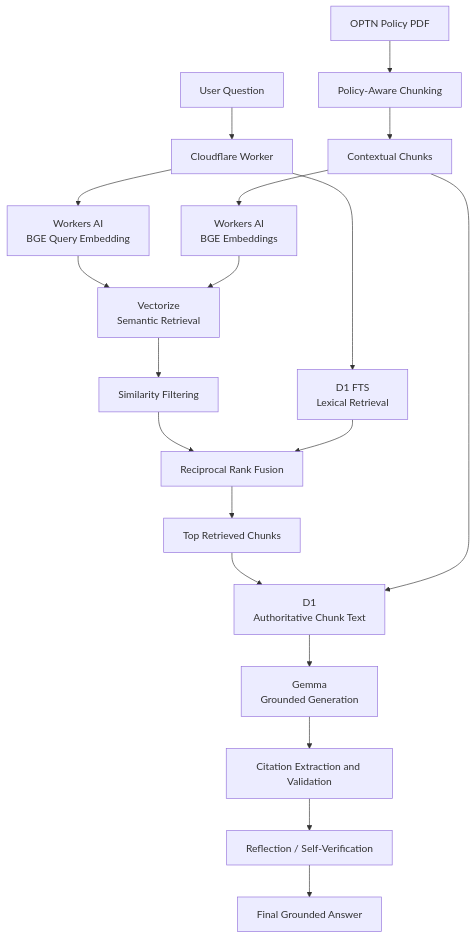
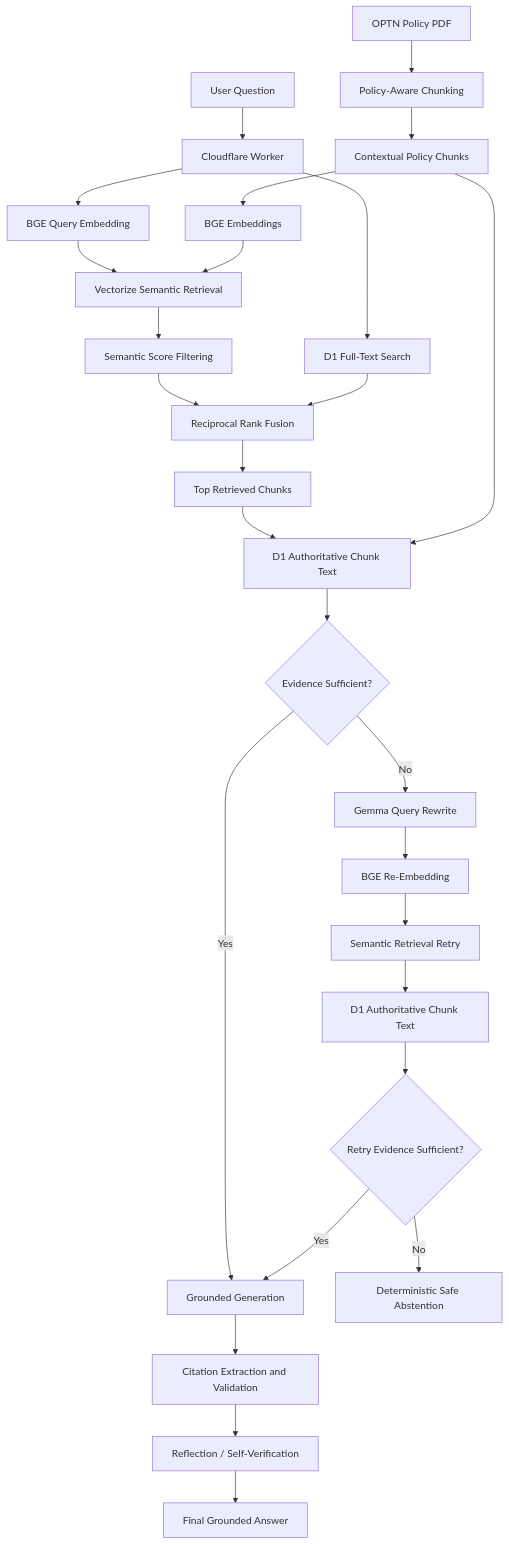
One commit to Sravanigangul/rag-reflection-system1 changed the diagram in README.md. Above: the diagram before and after it, drawn with Mermaid. The commit also changed other lines of this file, not shown here.

Commit message:
Update README for PolicyLens V2

````diff
--- a/README.md
+++ b/README.md
@@ -13,27 +29,38 @@
 ```mermaid
 flowchart TD
     A[User Question] --> B[Cloudflare Worker]
 
-    B --> C[Workers AI<br/>BGE Query Embedding]
+    B --> C[BGE Query Embedding]
+    C --> D[Vectorize Semantic Retrieval]
+    B --> E[D1 Full-Text Search]
 
-    C --> D[Vectorize<br/>Semantic Retrieval]
-    B --> E[D1 FTS<br/>Lexical Retrieval]
-
-    D --> F[Similarity Filtering]
+    D --> F[Semantic Score Filtering]
     F --> G[Reciprocal Rank Fusion]
     E --> G
 
     G --> H[Top Retrieved Chunks]
-    H --> I[D1<br/>Authoritative Chunk Text]
+    H --> I[D1 Authoritative Chunk Text]
 
-    I --> J[Gemma<br/>Grounded Generation]
-    J --> K[Citation Extraction and Validation]
-    K --> L[Reflection / Self-Verification]
-    L --> M[Final Grounded Answer]
+    I --> J{Evidence Sufficient?}
 
-    N[OPTN Policy PDF] --> O[Policy-Aware Chunking]
-    O --> P[Contextual Chunks]
-    P --> Q[Workers AI<br/>BGE Embeddings]
-    Q --> D
-    P --> I
+    J -->|Yes| K[Grounded Generation]
+
+    J -->|No| L[Gemma Query Rewrite]
+    L --> M[BGE Re-Embedding]
+    M --> N[Semantic Retrieval Retry]
+    N --> O[D1 Authoritative Chunk Text]
+    O --> P{Retry Evidence Sufficient?}
+
+    P -->|Yes| K
+    P -->|No| Q[Deterministic Safe Abstention]
+
+    K --> R[Citation Extraction and Validation]
+    R --> S[Reflection / Self-Verification]
+    S --> T[Final Grounded Answer]
+
+    U[OPTN Policy PDF] --> V[Policy-Aware Chunking]
+    V --> W[Contextual Policy Chunks]
+    W --> X[BGE Embeddings]
+    X --> D
+    W --> I
 ```
````
